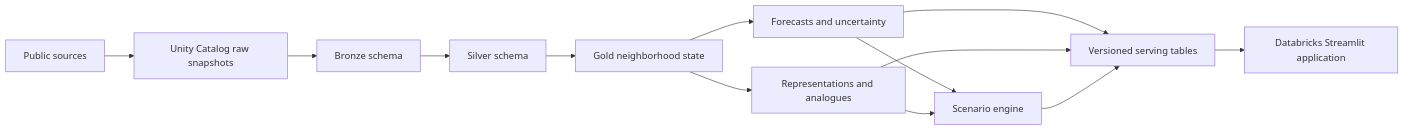
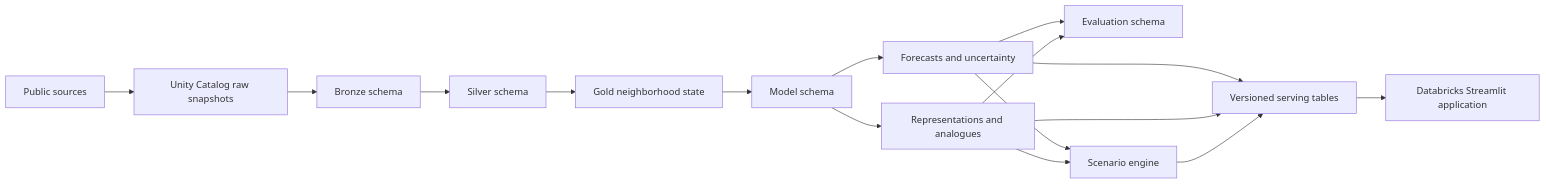
Before and after one commit to n-tamm/neighborhood-digital-twin: the diagram in README.md, drawn with Mermaid. The commit also changed other lines of this file and 25 other files, not shown here.

Commit message:
Documented model evaluation outputs and findings

````diff
--- a/README.md
+++ b/README.md
@@ -41,15 +41,18 @@
 ```mermaid
 flowchart LR
     S[Public sources] --> B[Unity Catalog raw snapshots]
     B --> C[Bronze schema]
     C --> D[Silver schema]
     D --> G[Gold neighborhood state]
-    G --> F[Forecasts and uncertainty]
-    G --> R[Representations and analogues]
+    G --> M[Model schema]
+    M --> F[Forecasts and uncertainty]
+    M --> R[Representations and analogues]
+    F --> E[Evaluation schema]
+    R --> E
     F --> X[Scenario engine]
     R --> X
     F --> P[Versioned serving tables]
     R --> P
     X --> P
     P --> A[Databricks Streamlit application]
 ```
````
